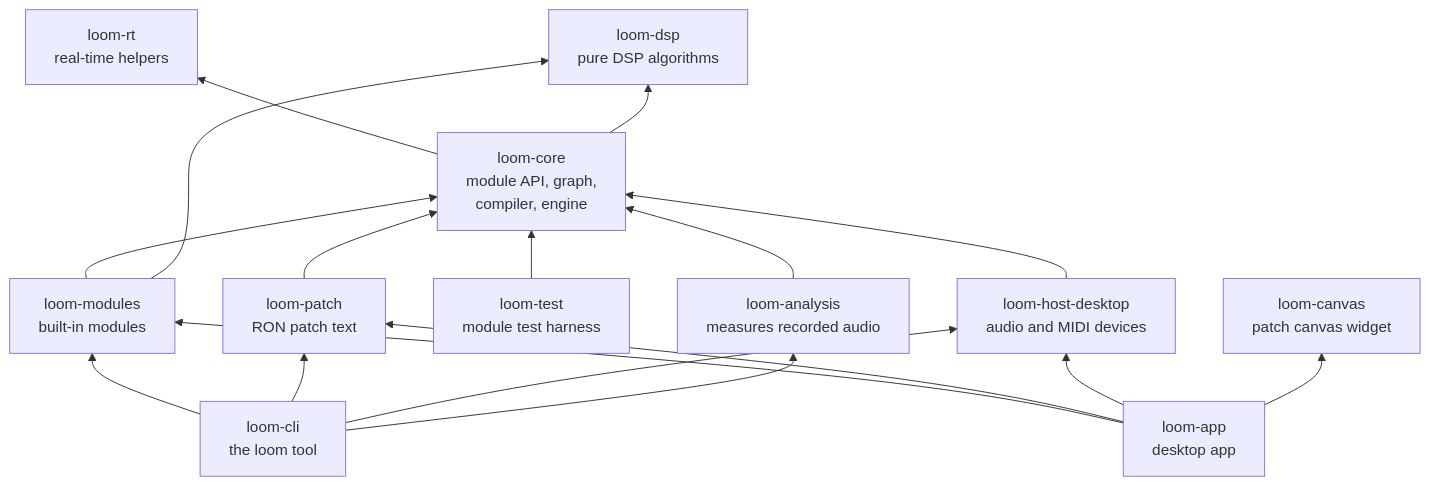
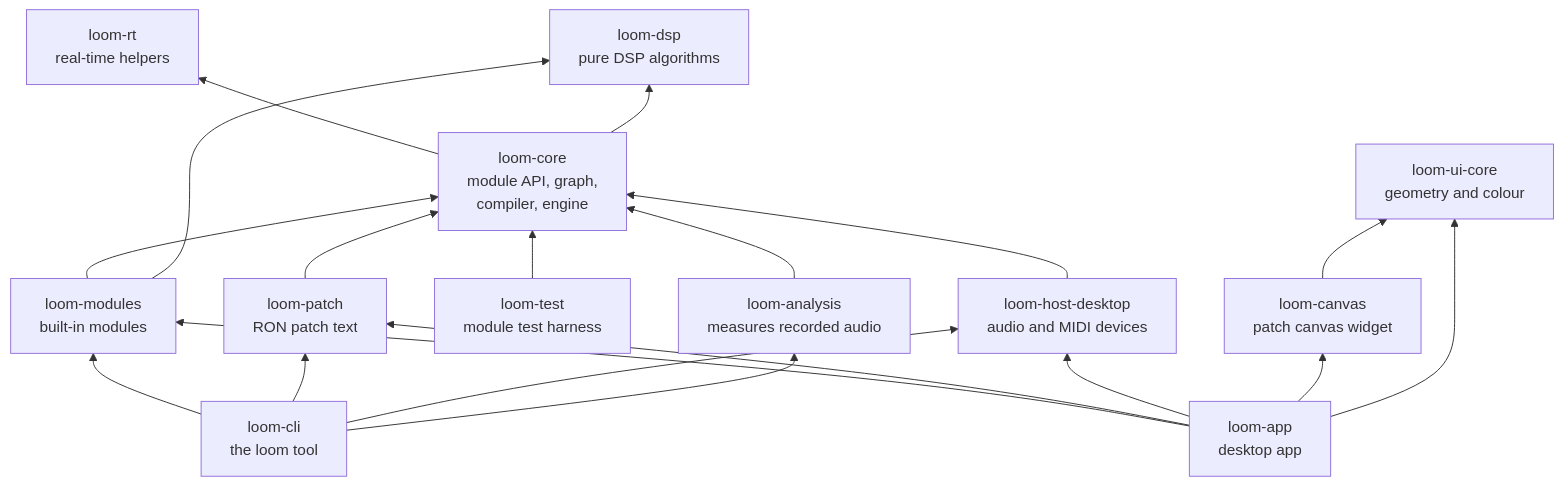
Before and after one commit to brylie/LoomDSP: the first of 2 diagrams in docs/dev/architecture.md, drawn with Mermaid. The commit also changed other lines of this file and 3 other files, not shown here.

First line of the commit message:
docs: loom-ui-core in the crate tables, and step 1.1 as built in the plan

````diff
--- a/docs/dev/architecture.md
+++ b/docs/dev/architecture.md
@@ -7,23 +7,25 @@
 ```mermaid
 flowchart BT
     rt[loom-rt<br/>real-time helpers]
     dsp[loom-dsp<br/>pure DSP algorithms]
     core[loom-core<br/>module API, graph,<br/>compiler, engine]
     modules[loom-modules<br/>built-in modules]
     patch[loom-patch<br/>RON patch text]
     test[loom-test<br/>module test harness]
     analysis[loom-analysis<br/>measures recorded audio]
     host[loom-host-desktop<br/>audio and MIDI devices]
+    uicore[loom-ui-core<br/>geometry and colour]
     canvas[loom-canvas<br/>patch canvas widget]
     cli[loom-cli<br/>the loom tool]
     app[loom-app<br/>desktop app]
 
     core --> rt & dsp
     modules --> core & dsp
     patch --> core
     test --> core
     analysis --> core
     host --> core
     cli --> modules & patch & host & analysis
-    app --> modules & patch & host & canvas
+    canvas --> uicore
+    app --> modules & patch & host & canvas & uicore
 ```
````
